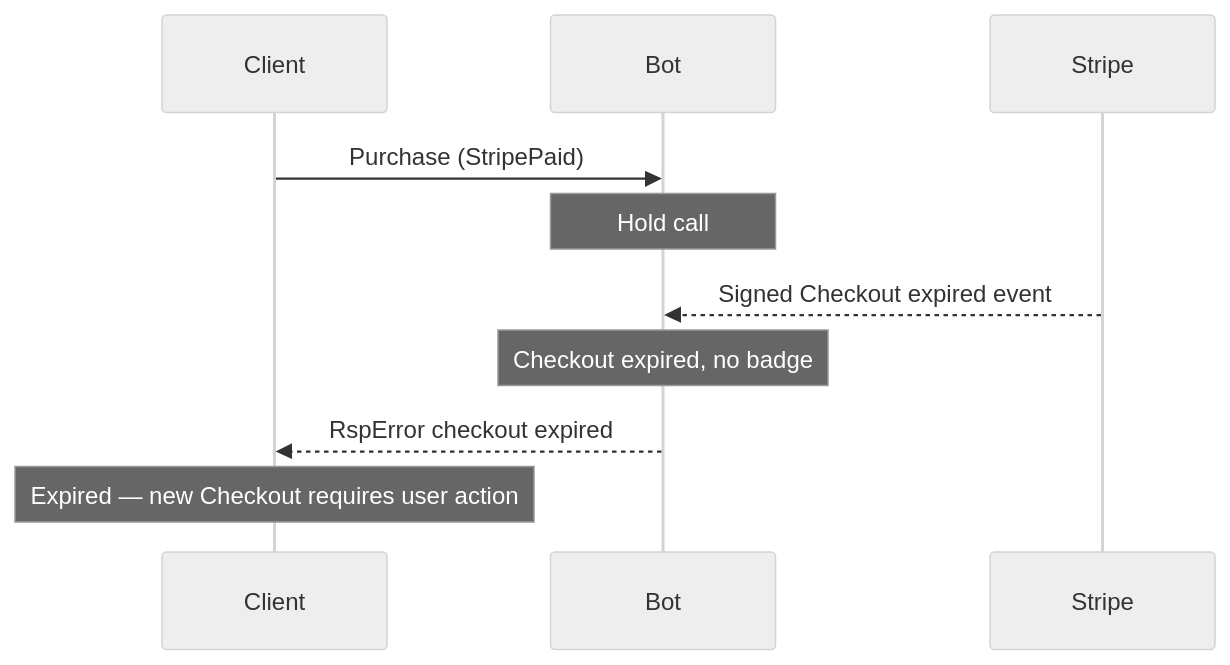
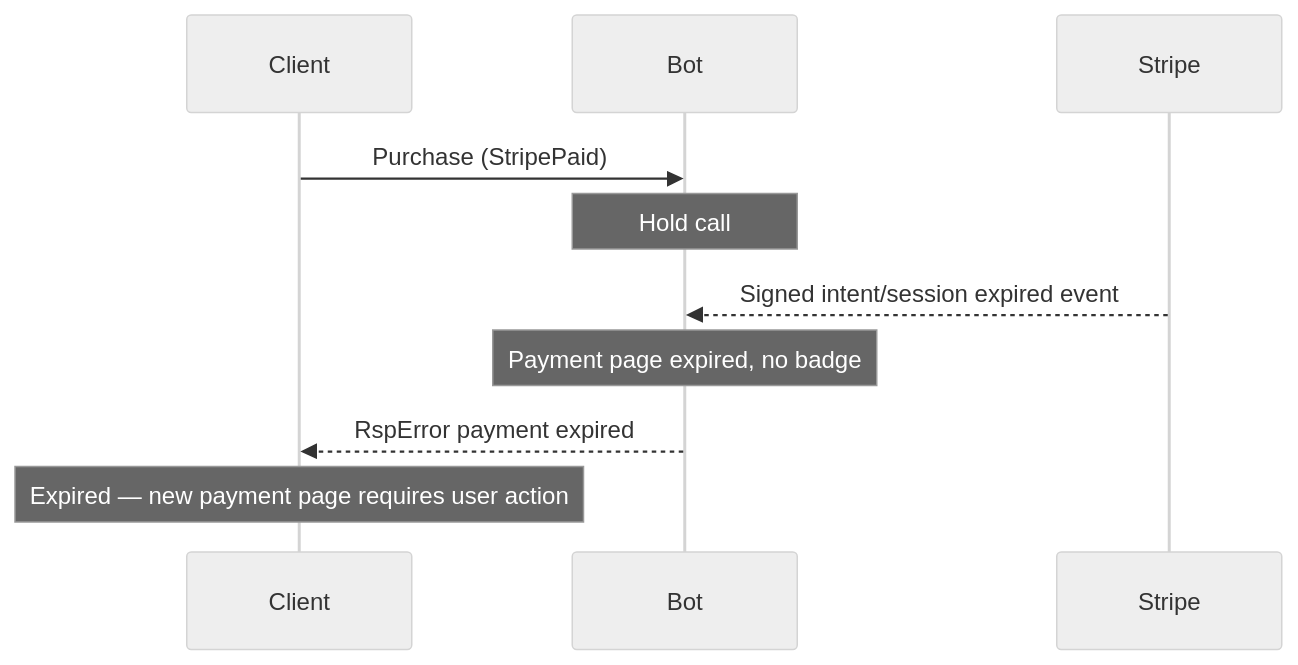
One commit to simplex-chat/simplex-chat changed the ninth of 12 diagrams in plans/2026-07-20-supporter-badges-v2-product.md. Above: the diagram before and after it, drawn with Mermaid (neutral theme). The commit also changed other lines of this file and 1 other file, not shown here.

First line of the commit message:
docs: self-host Stripe Payment Element to avoid mandatory email

````diff
--- a/plans/2026-07-20-supporter-badges-v2-product.md
+++ b/plans/2026-07-20-supporter-badges-v2-product.md
@@ -249,12 +249,12 @@
 ```mermaid
 sequenceDiagram
   participant C as Client
   participant B as Bot
   participant S as Stripe
   C->>B: Purchase (StripePaid)
   Note over B: Hold call
-  S-->>B: Signed Checkout expired event
-  Note over B: Checkout expired, no badge
-  B-->>C: RspError checkout expired
-  Note over C: Expired — new Checkout requires user action
+  S-->>B: Signed intent/session expired event
+  Note over B: Payment page expired, no badge
+  B-->>C: RspError payment expired
+  Note over C: Expired — new payment page requires user action
 ```
````
